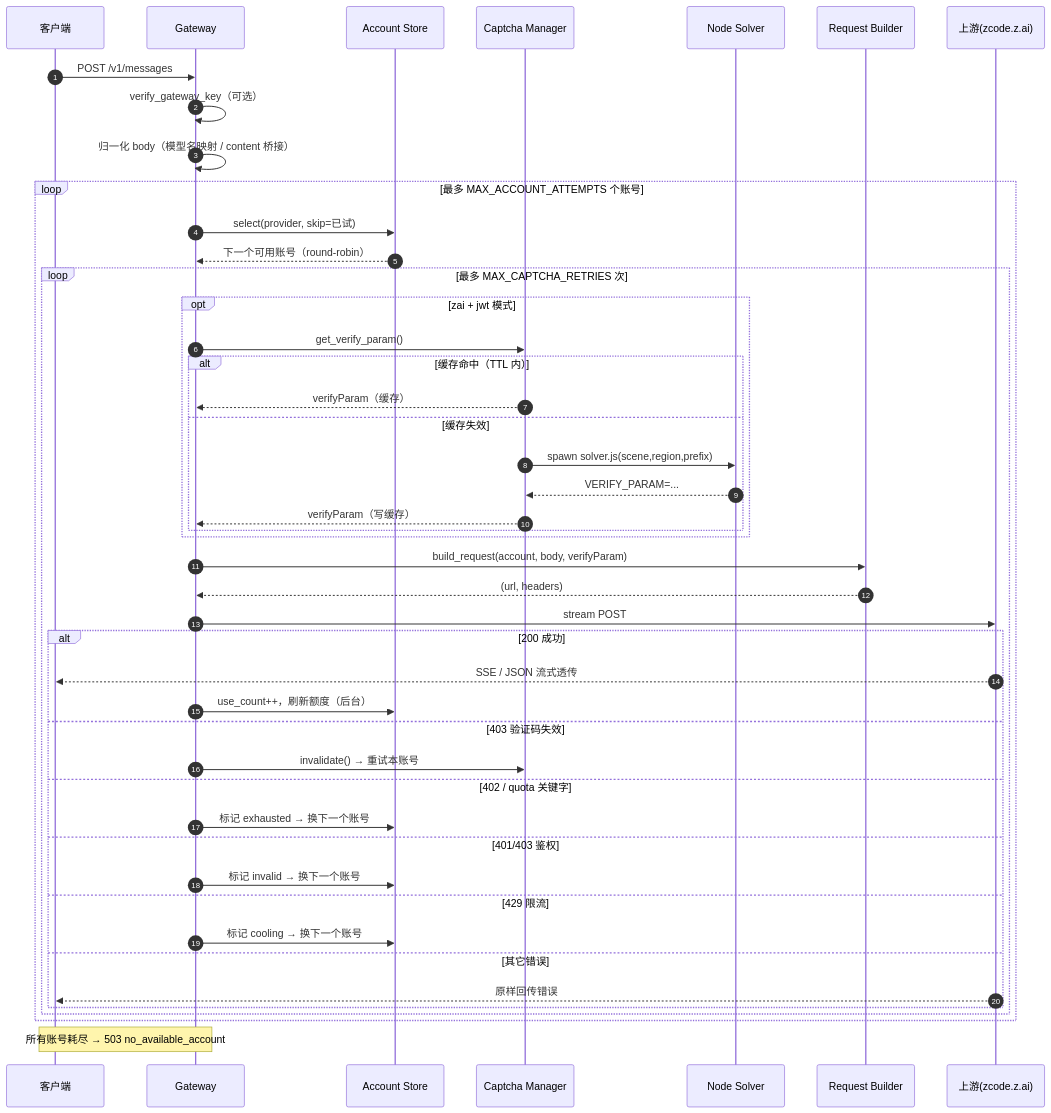
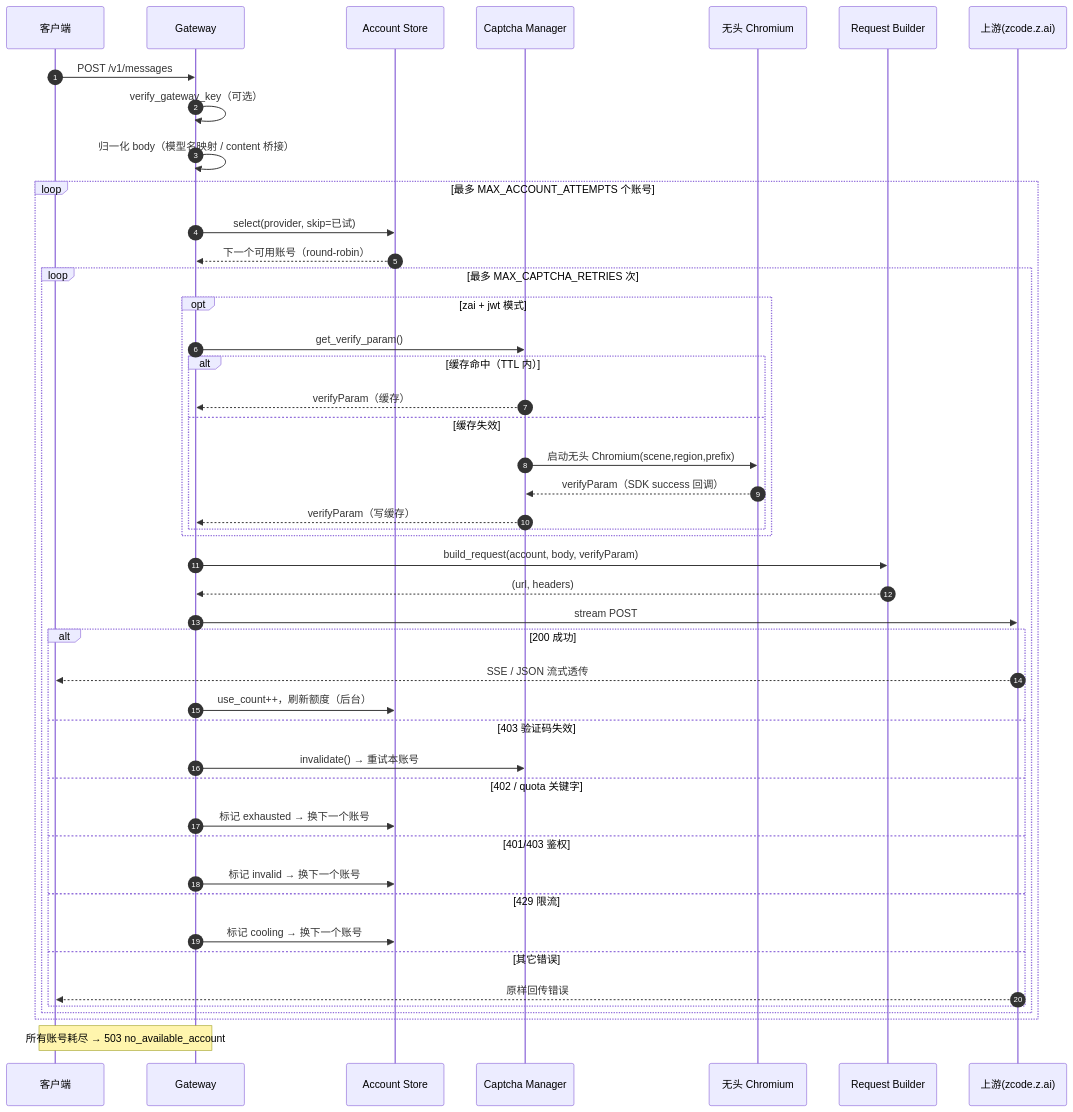
The second of 4 diagrams in docs/ARCHITECTURE.md (linlong5201314/zcode2api), drawn with Mermaid before and after one commit. The commit also changed other lines of this file and 12 other files, not shown here.

````diff
--- a/docs/ARCHITECTURE.md
+++ b/docs/ARCHITECTURE.md
@@ -109,52 +109,52 @@
 ```mermaid
 sequenceDiagram
     autonumber
     participant C as 客户端
     participant GW as Gateway
     participant S as Account Store
     participant CM as Captcha Manager
-    participant SV as Node Solver
+    participant SV as 无头 Chromium
     participant A as Request Builder
     participant U as 上游(zcode.z.ai)
 
     C->>GW: POST /v1/messages
     GW->>GW: verify_gateway_key（可选）
     GW->>GW: 归一化 body（模型名映射 / content 桥接）
 
     loop 最多 MAX_ACCOUNT_ATTEMPTS 个账号
         GW->>S: select(provider, skip=已试)
         S-->>GW: 下一个可用账号（round-robin）
 
         loop 最多 MAX_CAPTCHA_RETRIES 次
             opt zai + jwt 模式
                 GW->>CM: get_verify_param()
                 alt 缓存命中（TTL 内）
                     CM-->>GW: verifyParam（缓存）
                 else 缓存失效
-                    CM->>SV: spawn solver.js(scene,region,prefix)
-                    SV-->>CM: VERIFY_PARAM=...
+                    CM->>SV: 启动无头 Chromium(scene,region,prefix)
+                    SV-->>CM: verifyParam（SDK success 回调）
                     CM-->>GW: verifyParam（写缓存）
                 end
             end
             GW->>A: build_request(account, body, verifyParam)
             A-->>GW: (url, headers)
             GW->>U: stream POST
             alt 200 成功
                 U-->>C: SSE / JSON 流式透传
                 GW->>S: use_count++，刷新额度（后台）
             else 403 验证码失效
                 GW->>CM: invalidate() → 重试本账号
             else 402 / quota 关键字
                 GW->>S: 标记 exhausted → 换下一个账号
             else 401/403 鉴权
                 GW->>S: 标记 invalid → 换下一个账号
             else 429 限流
                 GW->>S: 标记 cooling → 换下一个账号
             else 其它错误
                 U-->>C: 原样回传错误
             end
         end
     end
 
     Note over GW,C: 所有账号耗尽 → 503 no_available_account
 ```
````
